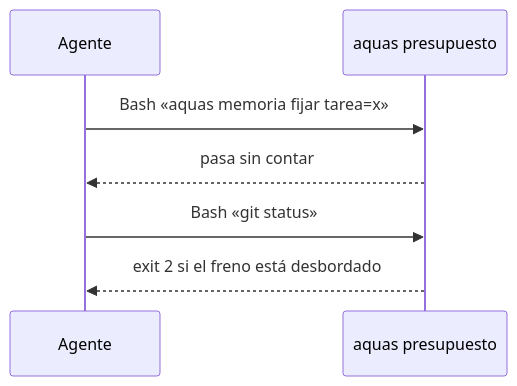
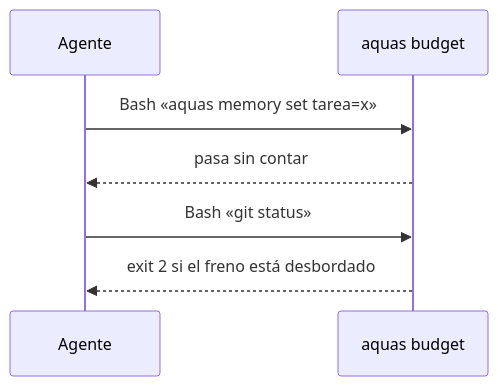
The diagram in docs/E001/F011/S002.md (jliberal-aquas/aquas-central-harness-government), drawn with Mermaid before and after one commit. The commit also changed other lines of this file and 184 other files, not shown here.

````diff
--- a/docs/E001/F011/S002.md
+++ b/docs/E001/F011/S002.md
@@ -50,9 +50,9 @@
 ```mermaid
 sequenceDiagram
     participant A as Agente
-    participant P as aquas presupuesto
-    A->>P: Bash «aquas memoria fijar tarea=x»
+    participant P as aquas budget
+    A->>P: Bash «aquas memory set tarea=x»
     P-->>A: pasa sin contar
     A->>P: Bash «git status»
     P-->>A: exit 2 si el freno está desbordado
 ```
````
